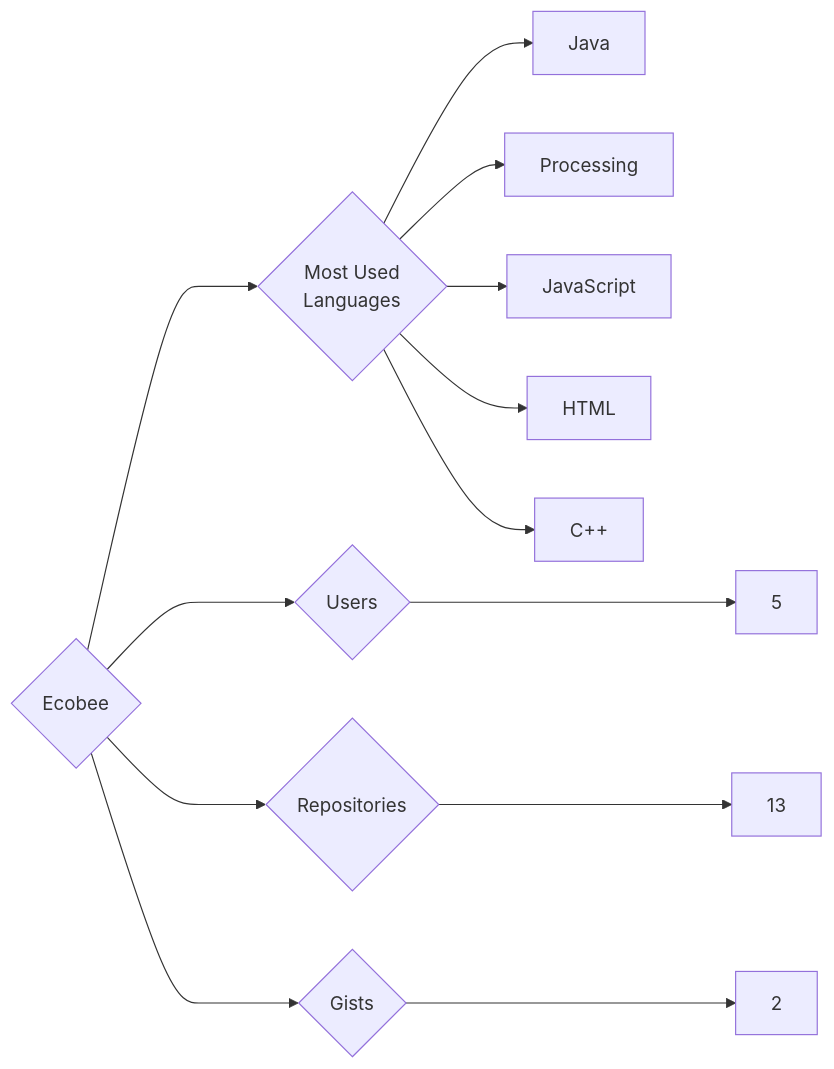
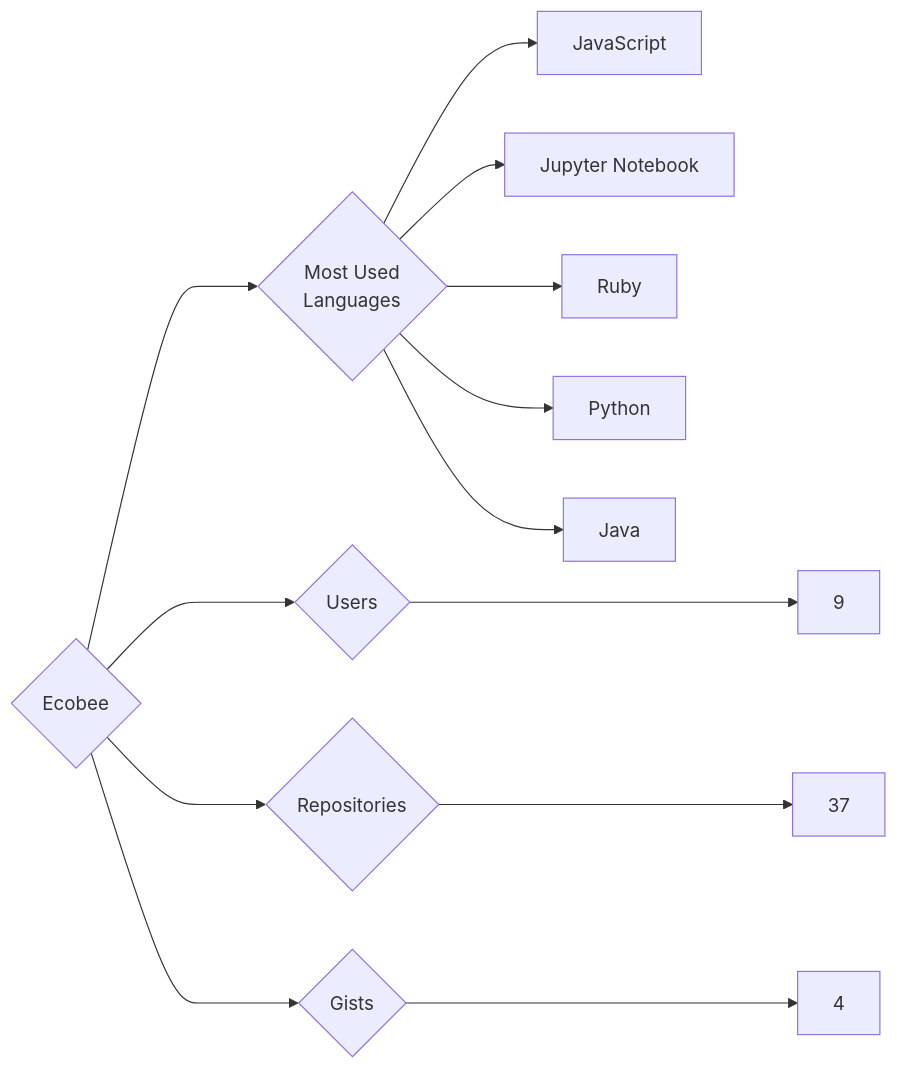
One commit to trickest/insiders changed the diagram in targets/Ecobee/README.md. Above: the diagram before and after it, drawn with Mermaid. The commit also changed 1167 other files, not shown here.

````diff
--- a/targets/Ecobee/README.md
+++ b/targets/Ecobee/README.md
@@ -3,13 +3,13 @@
 ```mermaid
 graph LR
 COMPANY_NAME{Ecobee}
-COMPANY_NAME ---> U{Users} ---> UN[5]
-COMPANY_NAME ---> R{Repositories} ---> RN[13]
-COMPANY_NAME ---> G{Gists} ---> GN[2]
+COMPANY_NAME ---> U{Users} ---> UN[9]
+COMPANY_NAME ---> R{Repositories} ---> RN[37]
+COMPANY_NAME ---> G{Gists} ---> GN[4]
 COMPANY_NAME ---> ML{Most Used<br>Languages}
+ML --> JavaScript[JavaScript]
+ML --> Jupyter_Notebook[Jupyter Notebook]
+ML --> Ruby[Ruby]
+ML --> Python[Python]
 ML --> Java[Java]
-ML --> Processing[Processing]
-ML --> JavaScript[JavaScript]
-ML --> HTML[HTML]
-ML --> C++[C++]
 ```
````
